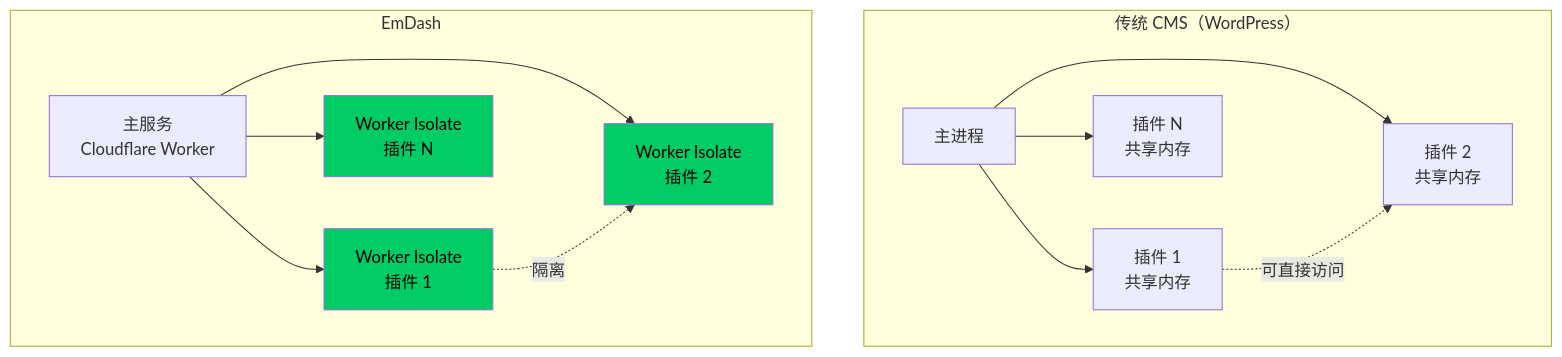
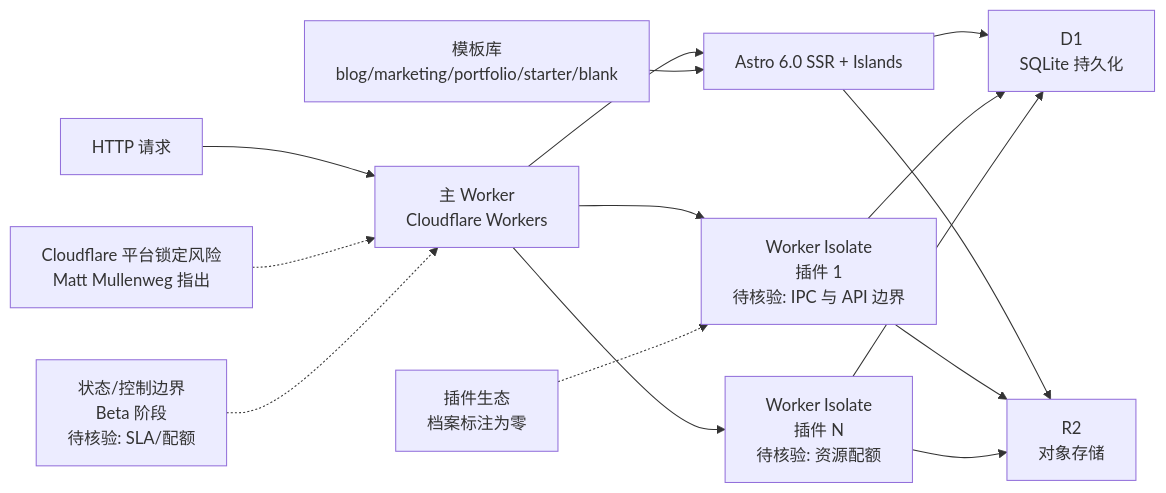
Before and after one commit to aiutil/github-researcher: the diagram in projects/emdash.md, drawn with Mermaid. The commit also changed other lines of this file and 939 other files, not shown here.

Commit message:
feat: add architect briefs and Mermaid project maps

````diff
--- a/projects/emdash.md
+++ b/projects/emdash.md
@@ -42,20 +46,17 @@
 ```mermaid
-graph TB
-    subgraph "传统 CMS（WordPress）"
-        A1[主进程] --> B1[插件 1<br>共享内存]
-        A1 --> C1[插件 2<br>共享内存]
-        A1 --> D1[插件 N<br>共享内存]
-        B1 -.->|可直接访问| C1
-    end
-    
-    subgraph "EmDash"
-        A2[主服务<br>Cloudflare Worker] --> B2[Worker Isolate<br>插件 1]
-        A2 --> C2[Worker Isolate<br>插件 2]
-        A2 --> D2[Worker Isolate<br>插件 N]
-        B2 -.->|隔离| C2
-    end
-    
-    style B2 fill:#00cc66,color:#000
-    style C2 fill:#00cc66,color:#000
-    style D2 fill:#00cc66,color:#000
+flowchart LR
+    A[HTTP 请求] --> B[主 Worker<br/>Cloudflare Workers]
+    B --> C[Astro 6.0 SSR + Islands]
+    B --> D[Worker Isolate<br/>插件 1<br/>待核验: IPC 与 API 边界]
+    B --> E[Worker Isolate<br/>插件 N<br/>待核验: 资源配额]
+    C --> F[D1<br/>SQLite 持久化]
+    D --> F
+    E --> F
+    C --> G[R2<br/>对象存储]
+    D --> G
+    E --> G
+    H[模板库<br/>blog/marketing/portfolio/starter/blank] --> C
+    I[插件生态<br/>档案标注为零] -.-> D
+    J[Cloudflare 平台锁定风险<br/>Matt Mullenweg 指出] -.-> B
+    K[状态/控制边界<br/>Beta 阶段<br/>待核验: SLA/配额] -.-> B
 ```
````
